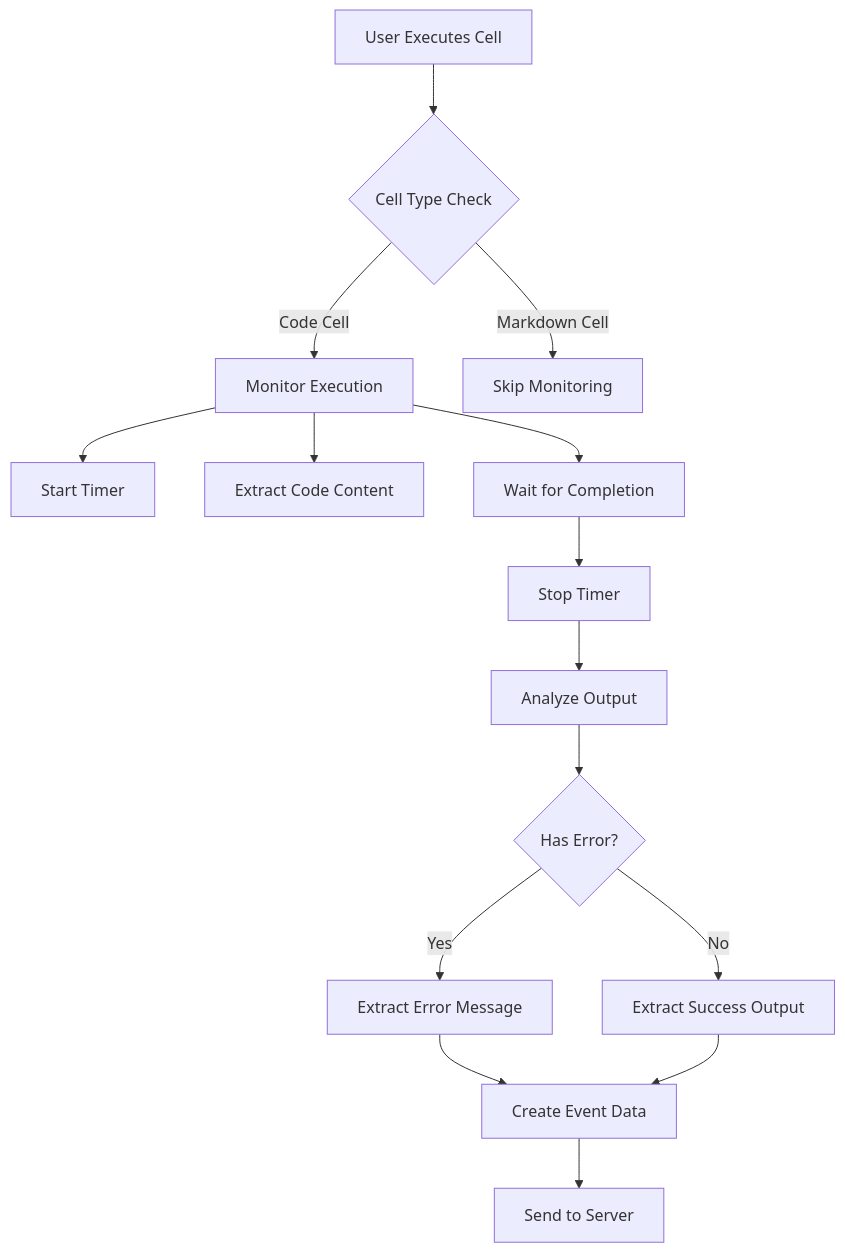
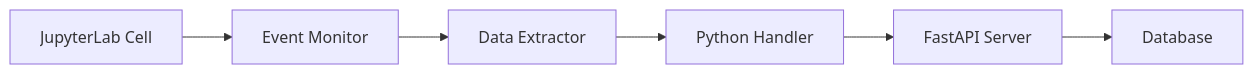
One commit to masahiro-tsubouchi/cell-monitor-extension changed the diagram in cell-monitor-extension/docs/architecture/SYSTEM_ARCHITECTURE.md. Above: the diagram before and after it, drawn with Mermaid. The commit also changed other lines of this file and 91 other files, not shown here.

````diff
--- a/cell-monitor-extension/docs/architecture/SYSTEM_ARCHITECTURE.md
+++ b/cell-monitor-extension/docs/architecture/SYSTEM_ARCHITECTURE.md
@@ -320,21 +59,8 @@
 ```mermaid
-graph TD
-    A[User Executes Cell] --> B{Cell Type Check}
-    B -->|Code Cell| C[Monitor Execution]
-    B -->|Markdown Cell| D[Skip Monitoring]
-
-    C --> E[Start Timer]
-    C --> F[Extract Code Content]
-    C --> G[Wait for Completion]
-
-    G --> H[Stop Timer]
-    H --> I[Analyze Output]
-    I --> J{Has Error?}
-
-    J -->|Yes| K[Extract Error Message]
-    J -->|No| L[Extract Success Output]
-
-    K --> M[Create Event Data]
-    L --> M
-    M --> N[Send to Server]
+graph LR
+    A[JupyterLab Cell] --> B[Event Monitor]
+    B --> C[Data Extractor]
+    C --> D[Python Handler]
+    D --> E[FastAPI Server]
+    E --> F[Database]
 ```
````
